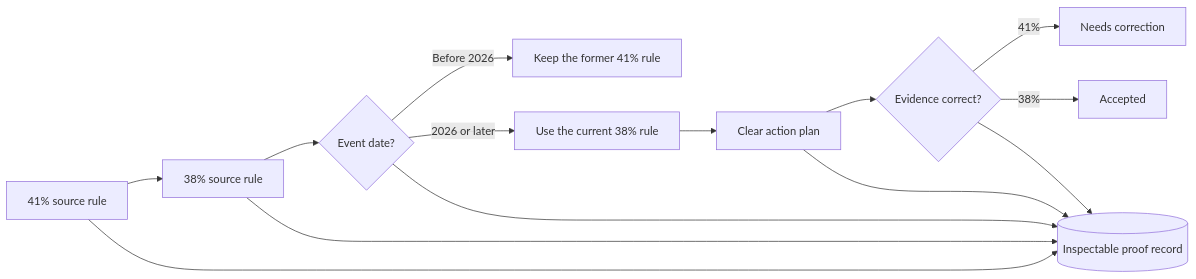
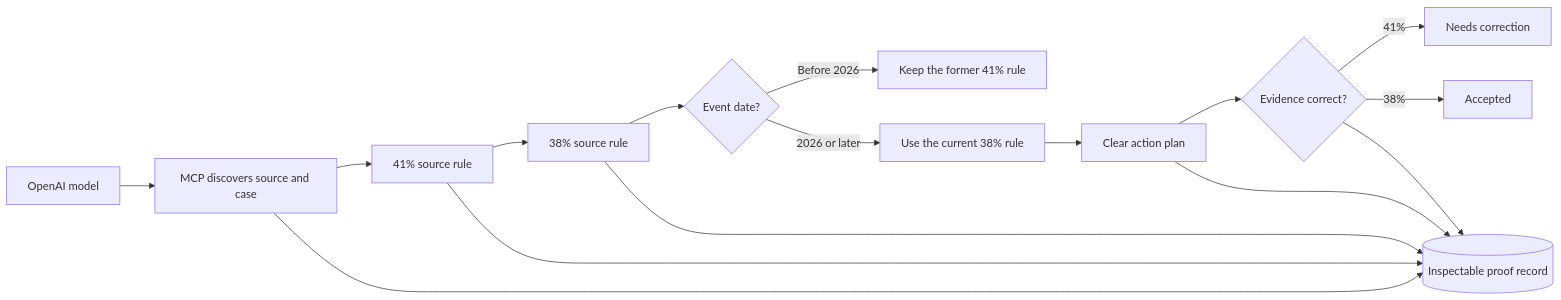
The diagram in docs/competition-truth-sheet.md (hbapuram/TARA-Regulatory-Change-Agent), drawn with Mermaid before and after one commit. The commit also changed other lines of this file and 17 other files, not shown here.

````diff
--- a/docs/competition-truth-sheet.md
+++ b/docs/competition-truth-sheet.md
@@ -9,12 +9,14 @@
 ```mermaid
 flowchart LR
-    A[41% source rule] --> B[38% source rule]
-    B --> C{Event date?}
-    C -- Before 2026 --> D[Keep the former 41% rule]
-    C -- 2026 or later --> E[Use the current 38% rule]
-    E --> F[Clear action plan]
-    F --> G{Evidence correct?}
-    G -- 41% --> H[Needs correction]
-    G -- 38% --> I[Accepted]
-    A & B & C & F & G --> J[(Inspectable proof record)]
+    A[OpenAI model] --> B[MCP discovers source and case]
+    B --> C[41% source rule]
+    C --> D[38% source rule]
+    D --> E{Event date?}
+    E -- Before 2026 --> F[Keep the former 41% rule]
+    E -- 2026 or later --> G[Use the current 38% rule]
+    G --> H[Clear action plan]
+    H --> I{Evidence correct?}
+    I -- 41% --> J[Needs correction]
+    I -- 38% --> K[Accepted]
+    B & C & D & H & I --> L[(Inspectable proof record)]
 ```
````
